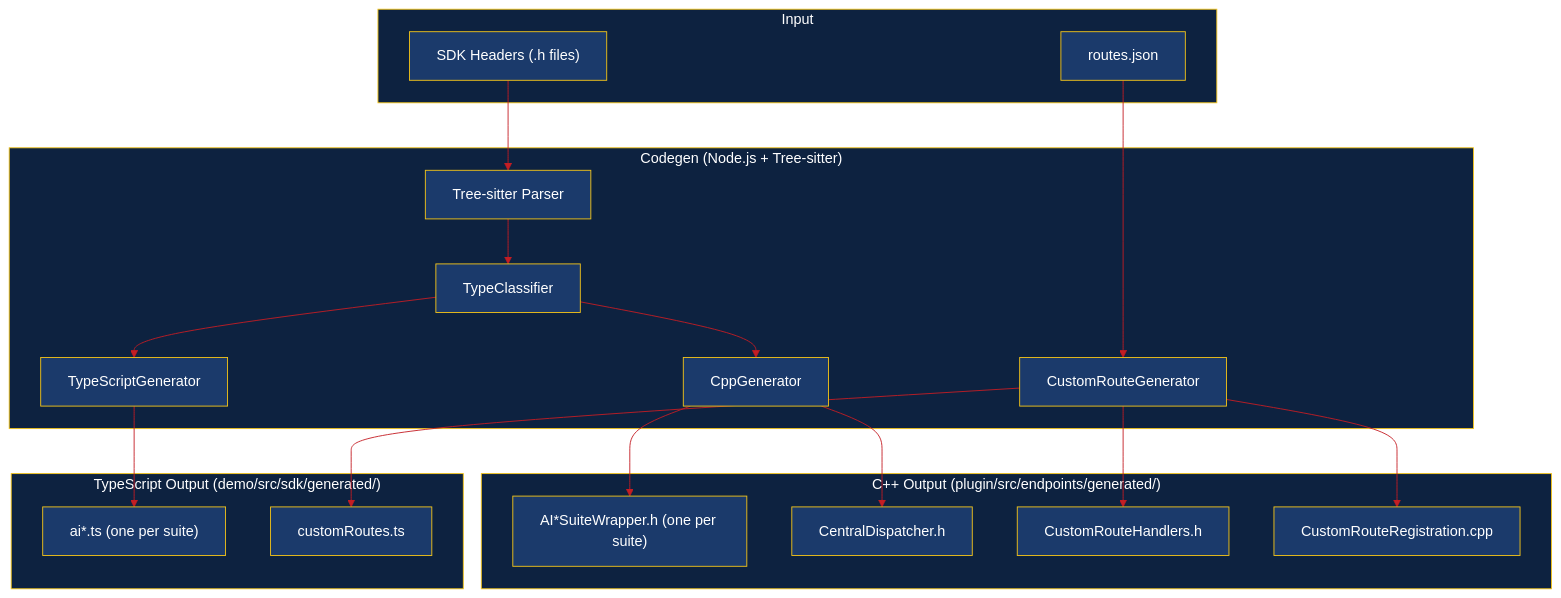
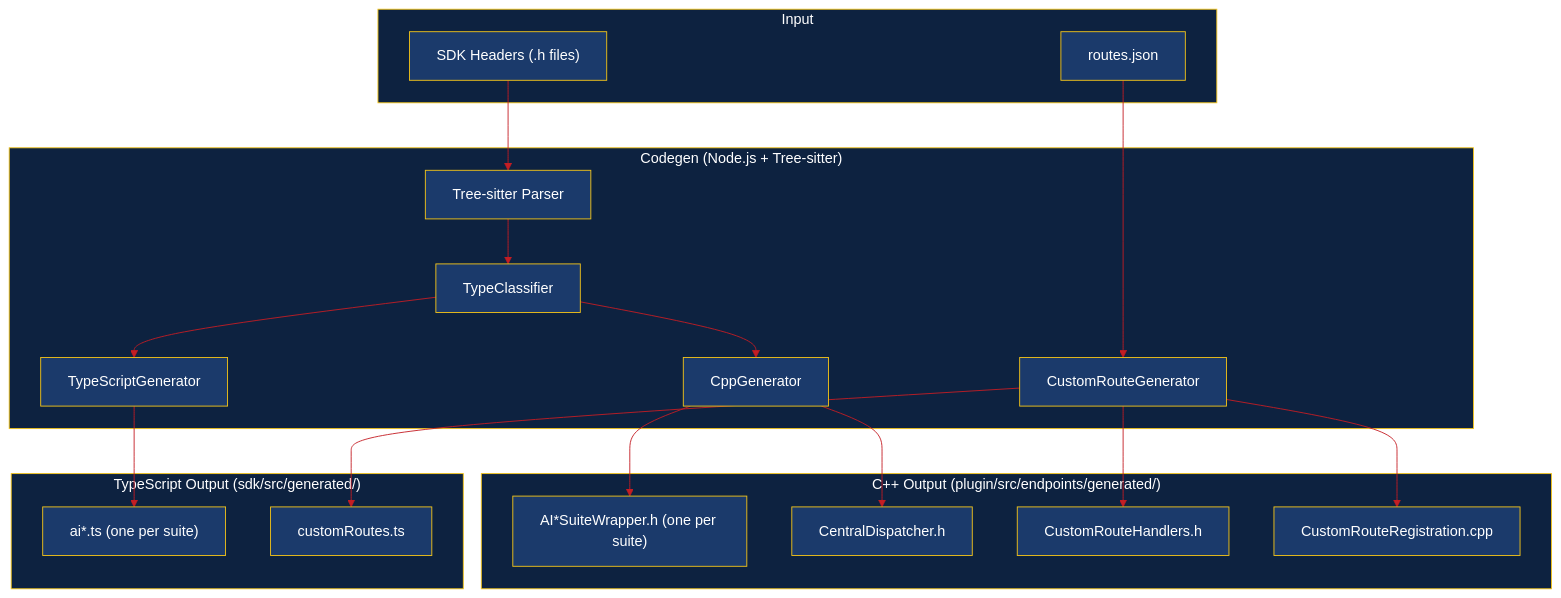
Before and after one commit to ByteBard97/nuxp: the fourth of 5 diagrams in docs/ARCHITECTURE.md, drawn with Mermaid. The commit also changed other lines of this file and 10 other files, not shown here.

First line of the commit message:
docs: update documentation for SDK extraction and shell→demo rename

````diff
--- a/docs/ARCHITECTURE.md
+++ b/docs/ARCHITECTURE.md
@@ -275,52 +275,52 @@
 ```mermaid
 %%{init: {'theme': 'base', 'themeVariables': {
   'primaryColor': '#1B3A6B',
   'primaryTextColor': '#FFFFFF',
   'primaryBorderColor': '#F5C518',
   'lineColor': '#C41E24',
   'secondaryColor': '#F5C518',
   'tertiaryColor': '#2A5298',
   'tertiaryTextColor': '#FFFFFF',
   'clusterBkg': '#0D2240',
   'clusterBorder': '#F5C518',
   'clusterTextColor': '#F5C518'
 }}}%%
 flowchart TB
     subgraph Input [" Input "]
         SDK["SDK Headers (.h files)"]
         Routes["routes.json"]
     end
 
     subgraph Codegen [" Codegen (Node.js + Tree-sitter) "]
         Parser["Tree-sitter Parser"]
         TC["TypeClassifier"]
         CppGen["CppGenerator"]
         TsGen["TypeScriptGenerator"]
         CRGen["CustomRouteGenerator"]
     end
 
     subgraph Output_CPP [" C++ Output (plugin/src/endpoints/generated/) "]
         Wrappers["AI*SuiteWrapper.h (one per suite)"]
         Central["CentralDispatcher.h"]
         CRHandlers["CustomRouteHandlers.h"]
         CRReg["CustomRouteRegistration.cpp"]
     end
 
-    subgraph Output_TS [" TypeScript Output (demo/src/sdk/generated/) "]
+    subgraph Output_TS [" TypeScript Output (sdk/src/generated/) "]
         TsClients["ai*.ts (one per suite)"]
         TsCustom["customRoutes.ts"]
     end
 
     SDK --> Parser
     Parser --> TC
     TC --> CppGen
     TC --> TsGen
     CppGen --> Wrappers
     CppGen --> Central
     TsGen --> TsClients
 
     Routes --> CRGen
     CRGen --> CRHandlers
     CRGen --> CRReg
     CRGen --> TsCustom
 ```
````
